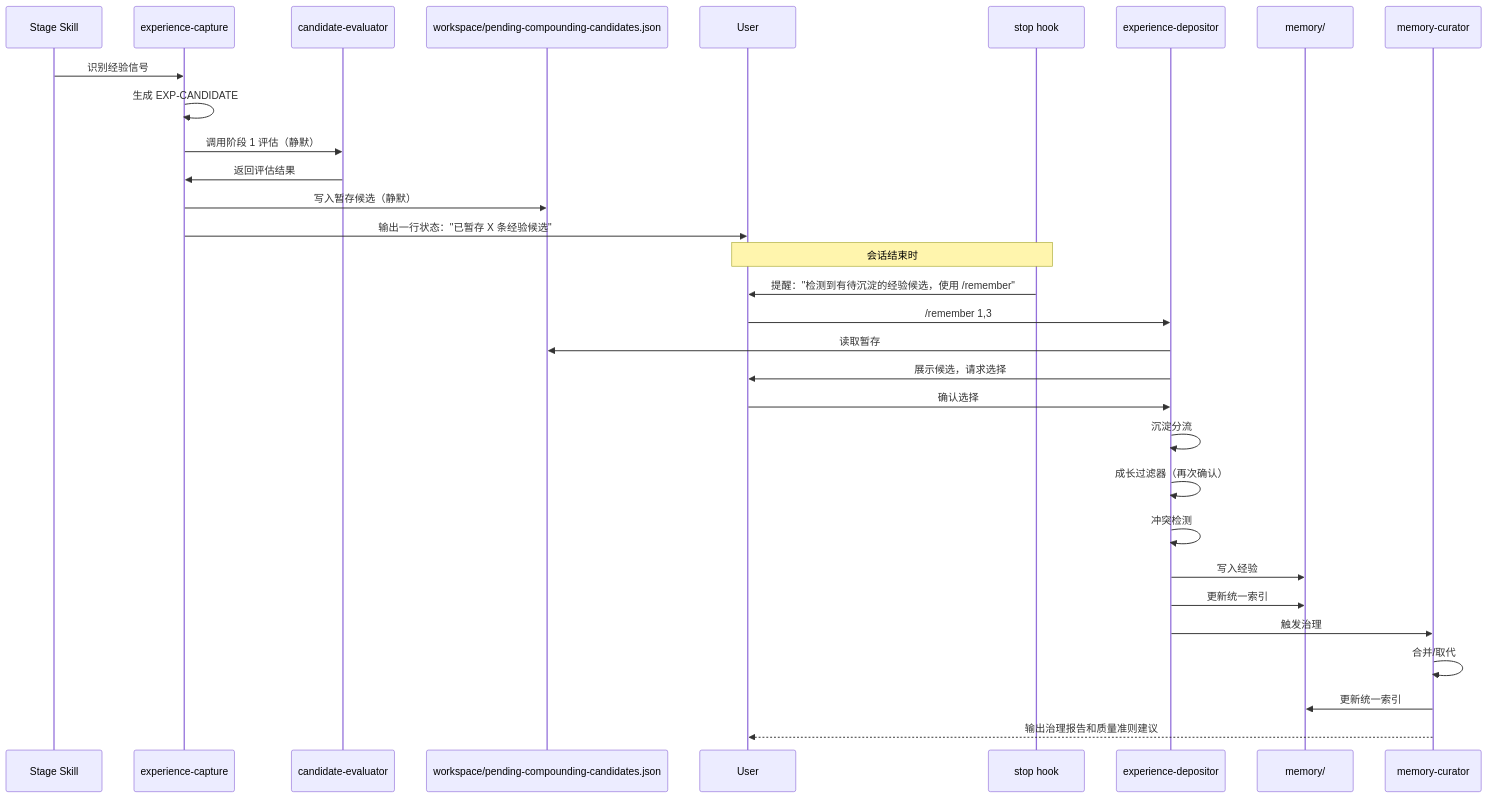
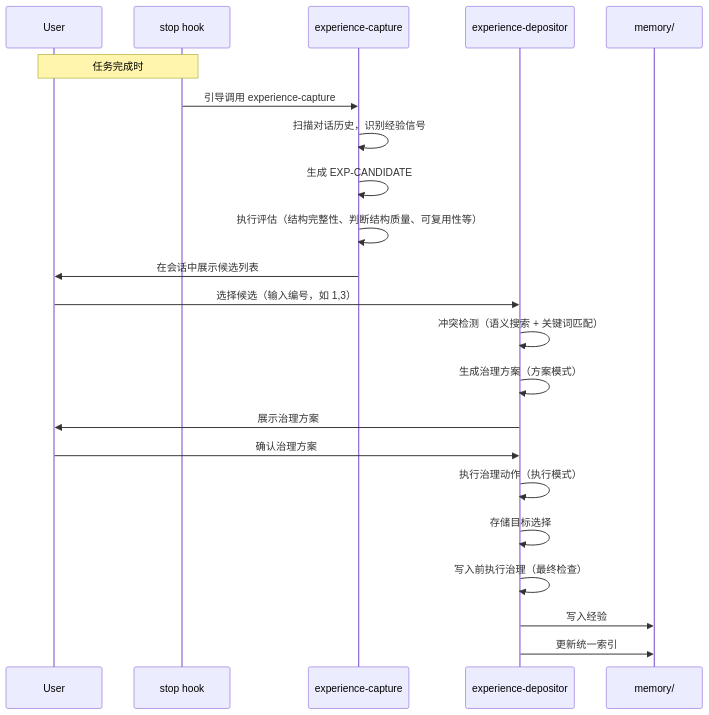
One commit to tower1229/LingXi changed the diagram in .cursor/.lingxi/memory/business/references/knowledge-compounding.md. Above: the diagram before and after it, drawn with Mermaid. The commit also changed other lines of this file and 27 other files, not shown here.

````diff
--- a/.cursor/.lingxi/memory/business/references/knowledge-compounding.md
+++ b/.cursor/.lingxi/memory/business/references/knowledge-compounding.md
@@ -9,34 +9,25 @@
 ```mermaid
 sequenceDiagram
-    participant Skill as Stage Skill
-    participant Capture as experience-capture
-    participant Evaluator as candidate-evaluator
-    participant Workspace as workspace/pending-compounding-candidates.json
     participant User
     participant StopHook as stop hook
+    participant Capture as experience-capture
     participant Depositor as experience-depositor
     participant Memory as memory/
-    participant Curator as memory-curator
-    
-    Skill->>Capture: 识别经验信号
+
+    Note over User,StopHook: 任务完成时
+    StopHook->>Capture: 引导调用 experience-capture
+    Capture->>Capture: 扫描对话历史，识别经验信号
     Capture->>Capture: 生成 EXP-CANDIDATE
-    Capture->>Evaluator: 调用阶段 1 评估（静默）
-    Evaluator->>Capture: 返回评估结果
-    Capture->>Workspace: 写入暂存候选（静默）
-    Capture->>User: 输出一行状态："已暂存 X 条经验候选"
-    Note over User,StopHook: 会话结束时
-    StopHook->>User: 提醒："检测到有待沉淀的经验候选，使用 /remember"
-    User->>Depositor: /remember 1,3
-    Depositor->>Workspace: 读取暂存
-    Depositor->>User: 展示候选，请求选择
-    User->>Depositor: 确认选择
-    Depositor->>Depositor: 沉淀分流
-    Depositor->>Depositor: 成长过滤器（再次确认）
-    Depositor->>Depositor: 冲突检测
+    Capture->>Capture: 执行评估（结构完整性、判断结构质量、可复用性等）
+    Capture->>User: 在会话中展示候选列表
+    User->>Depositor: 选择候选（输入编号，如 1,3）
+    Depositor->>Depositor: 冲突检测（语义搜索 + 关键词匹配）
+    Depositor->>Depositor: 生成治理方案（方案模式）
+    Depositor->>User: 展示治理方案
+    User->>Depositor: 确认治理方案
+    Depositor->>Depositor: 执行治理动作（执行模式）
+    Depositor->>Depositor: 存储目标选择
+    Depositor->>Depositor: 写入前执行治理（最终检查）
     Depositor->>Memory: 写入经验
     Depositor->>Memory: 更新统一索引
-    Depositor->>Curator: 触发治理
-    Curator->>Curator: 合并/取代
-    Curator->>Memory: 更新统一索引
-    Curator-->>User: 输出治理报告和质量准则建议
 ```
````
